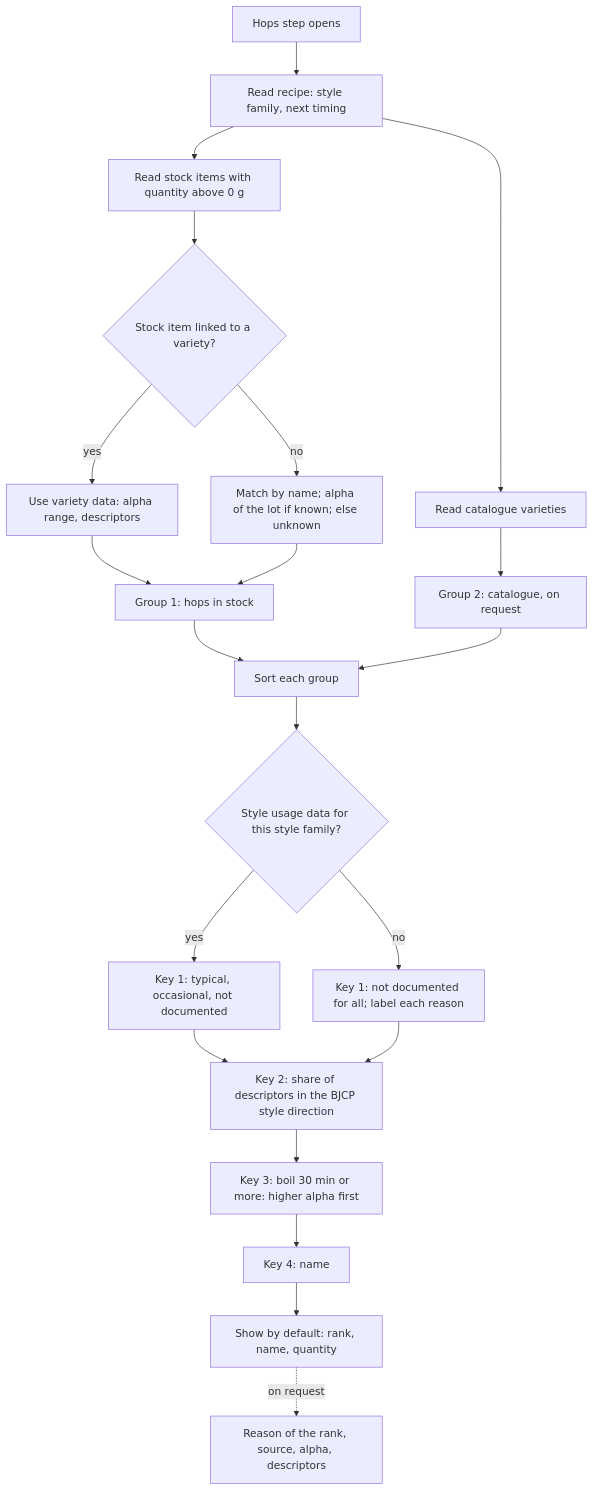
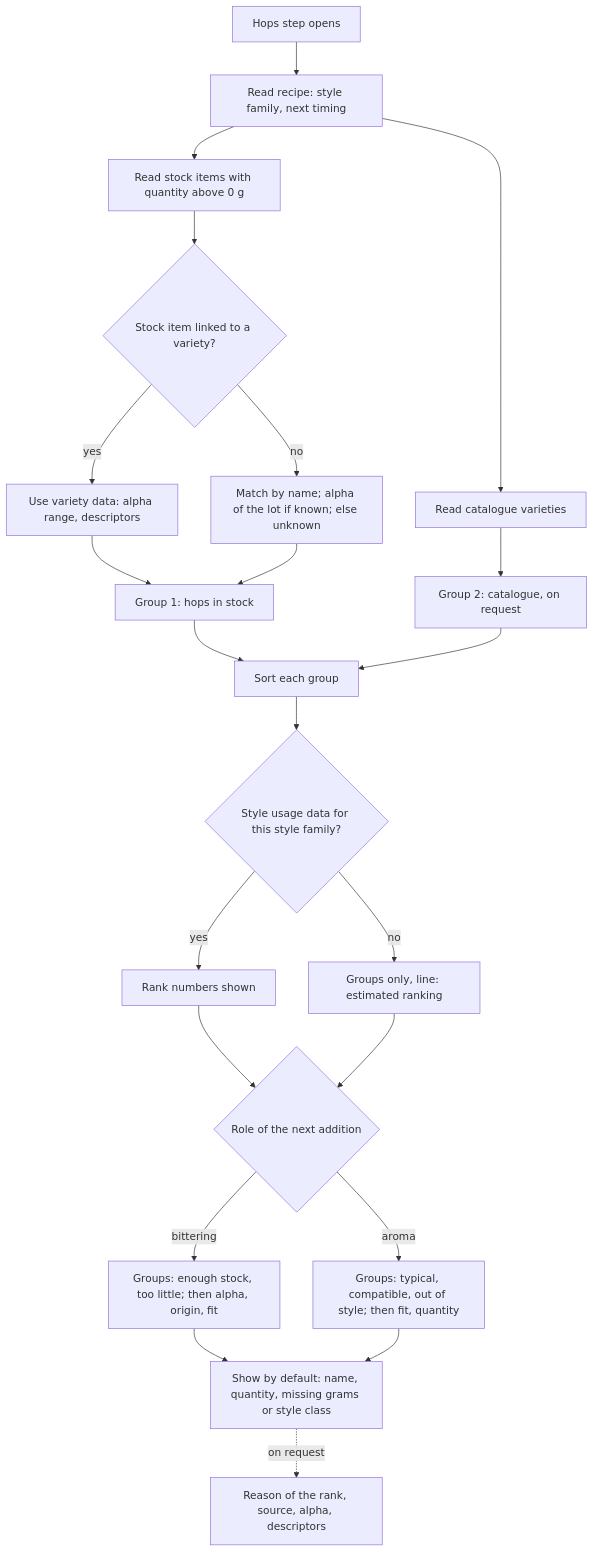
One commit to Mrspadaaa/Brasserie changed the first of 3 diagrams in docs/architecture/hop-logic.md. Above: the diagram before and after it, drawn with Mermaid. The commit also changed other lines of this file and 6 other files, not shown here.

````diff
--- a/docs/architecture/hop-logic.md
+++ b/docs/architecture/hop-logic.md
@@ -8,23 +8,24 @@
 ```mermaid
 flowchart TD
   A[Hops step opens] --> B[Read recipe: style family, next timing]
   B --> C[Read stock items with quantity above 0 g]
   C --> D{Stock item linked to a variety?}
   D -- yes --> E[Use variety data: alpha range, descriptors]
   D -- no --> F[Match by name; alpha of the lot if known; else unknown]
   E --> G[Group 1: hops in stock]
   F --> G
   B --> H[Read catalogue varieties]
   H --> I[Group 2: catalogue, on request]
   G --> J[Sort each group]
   I --> J
   J --> K{Style usage data for this style family?}
-  K -- yes --> L[Key 1: typical, occasional, not documented]
-  K -- no --> M[Key 1: not documented for all; label each reason]
-  L --> N[Key 2: share of descriptors in the BJCP style direction]
+  K -- yes --> L[Rank numbers shown]
+  K -- no --> M[Groups only, line: estimated ranking]
+  L --> N{Role of the next addition}
   M --> N
-  N --> O[Key 3: boil 30 min or more: higher alpha first]
-  O --> P[Key 4: name]
-  P --> Q[Show by default: rank, name, quantity]
+  N -- bittering --> O[Groups: enough stock, too little; then alpha, origin, fit]
+  N -- aroma --> P[Groups: typical, compatible, out of style; then fit, quantity]
+  O --> Q[Show by default: name, quantity, missing grams or style class]
+  P --> Q
   Q -.on request.-> R[Reason of the rank, source, alpha, descriptors]
 ```
````
